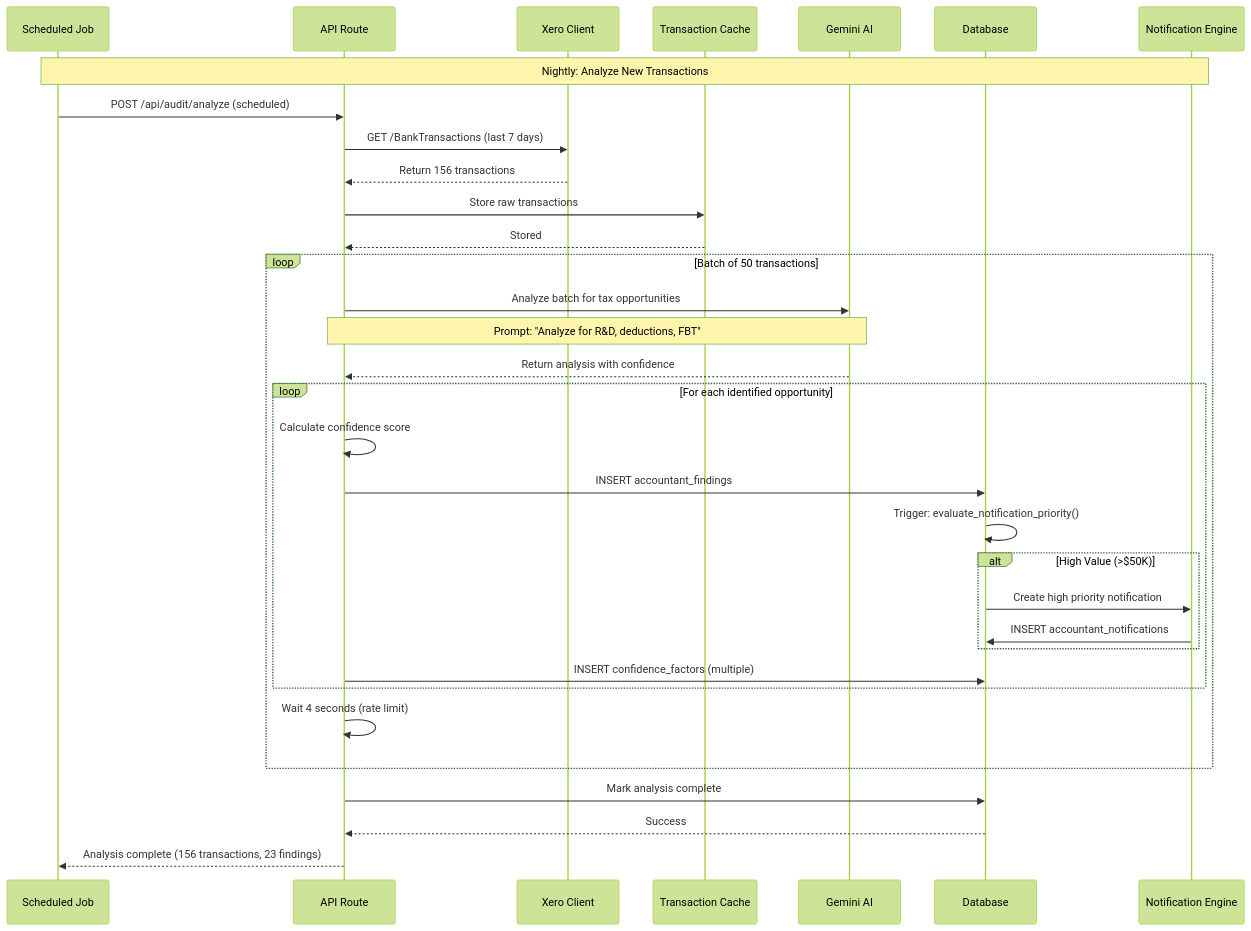
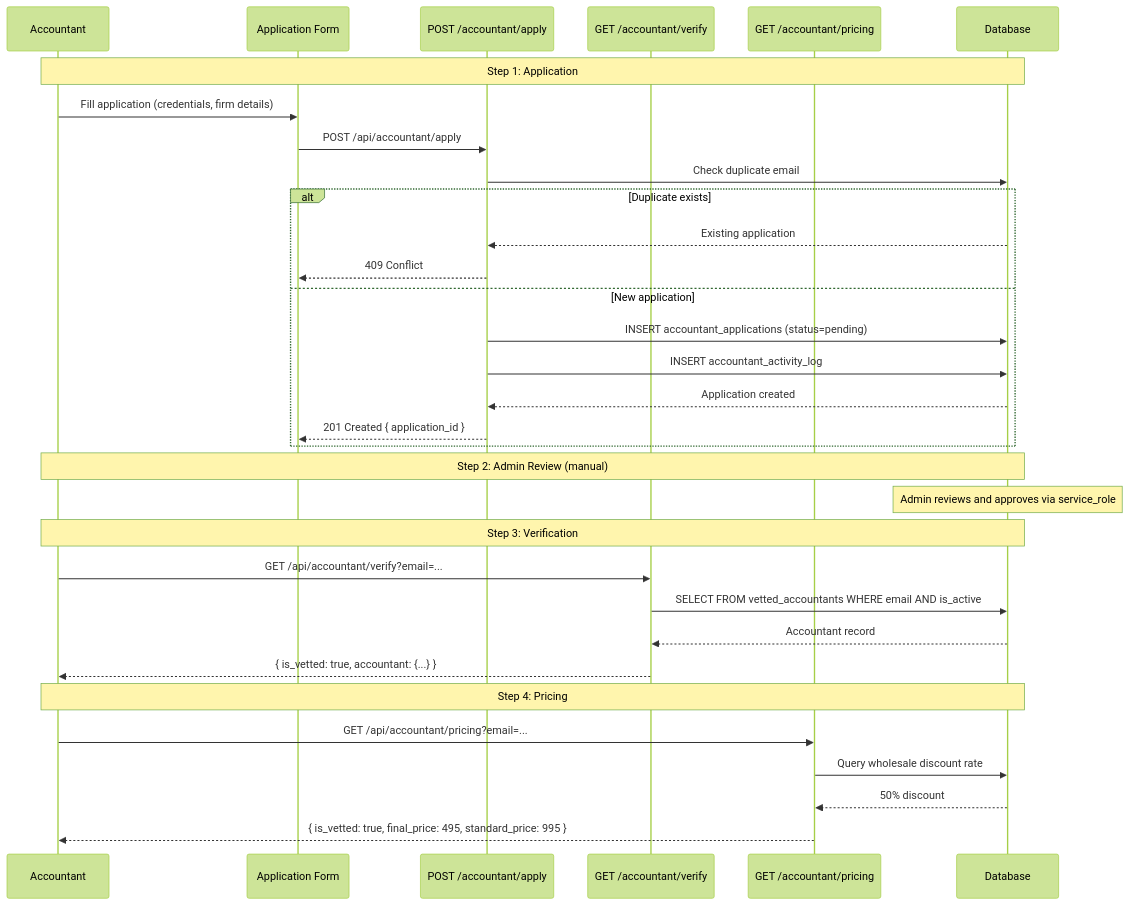
One commit to CleanExpo/ATO changed the tenth of 15 diagrams in docs/diagrams/accountant-workflow-system.md. Above: the diagram before and after it, drawn with Mermaid (forest theme). The commit also changed other lines of this file and 4 other files, not shown here.

First line of the commit message:
Update accountant workflow architecture docs to match implementation (ORCH-ACC-001)

````diff
--- a/docs/diagrams/accountant-workflow-system.md
+++ b/docs/diagrams/accountant-workflow-system.md
@@ -498,43 +429,38 @@
 ```mermaid
 sequenceDiagram
-    participant CRON as Scheduled Job
-    participant API as API Route
-    participant XERO as Xero Client
-    participant CACHE as Transaction Cache
-    participant GEMINI as Gemini AI
+    participant ACC as Accountant
+    participant FORM as Application Form
+    participant API_APPLY as POST /accountant/apply
+    participant API_VERIFY as GET /accountant/verify
+    participant API_PRICING as GET /accountant/pricing
     participant DB as Database
-    participant NOTIF as Notification Engine
 
-    Note over CRON,NOTIF: Nightly: Analyze New Transactions
-
-    CRON->>API: POST /api/audit/analyze (scheduled)
-    API->>XERO: GET /BankTransactions (last 7 days)
-    XERO-->>API: Return 156 transactions
-    API->>CACHE: Store raw transactions
-    CACHE-->>API: Stored
-
-    loop Batch of 50 transactions
-        API->>GEMINI: Analyze batch for tax opportunities
-        Note over API,GEMINI: Prompt: "Analyze for R&D, deductions, FBT"
-        GEMINI-->>API: Return analysis with confidence
-
-        loop For each identified opportunity
-            API->>API: Calculate confidence score
-            API->>DB: INSERT accountant_findings
-            DB->>DB: Trigger: evaluate_notification_priority()
-
-            alt High Value (>$50K)
-                DB->>NOTIF: Create high priority notification
-                NOTIF->>DB: INSERT accountant_notifications
-            end
-
-            API->>DB: INSERT confidence_factors (multiple)
-        end
-
-        API->>API: Wait 4 seconds (rate limit)
+    Note over ACC,DB: Step 1: Application
+    ACC->>FORM: Fill application (credentials, firm details)
+    FORM->>API_APPLY: POST /api/accountant/apply
+    API_APPLY->>DB: Check duplicate email
+    alt Duplicate exists
+        DB-->>API_APPLY: Existing application
+        API_APPLY-->>FORM: 409 Conflict
+    else New application
+        API_APPLY->>DB: INSERT accountant_applications (status=pending)
+        API_APPLY->>DB: INSERT accountant_activity_log
+        DB-->>API_APPLY: Application created
+        API_APPLY-->>FORM: 201 Created { application_id }
     end
 
-    API->>DB: Mark analysis complete
-    DB-->>API: Success
-    API-->>CRON: Analysis complete (156 transactions, 23 findings)
+    Note over ACC,DB: Step 2: Admin Review (manual)
+    Note over DB: Admin reviews and approves via service_role
+
+    Note over ACC,DB: Step 3: Verification
+    ACC->>API_VERIFY: GET /api/accountant/verify?email=...
+    API_VERIFY->>DB: SELECT FROM vetted_accountants WHERE email AND is_active
+    DB-->>API_VERIFY: Accountant record
+    API_VERIFY-->>ACC: { is_vetted: true, accountant: {...} }
+
+    Note over ACC,DB: Step 4: Pricing
+    ACC->>API_PRICING: GET /api/accountant/pricing?email=...
+    API_PRICING->>DB: Query wholesale discount rate
+    DB-->>API_PRICING: 50% discount
+    API_PRICING-->>ACC: { is_vetted: true, final_price: 495, standard_price: 995 }
 ```
````
